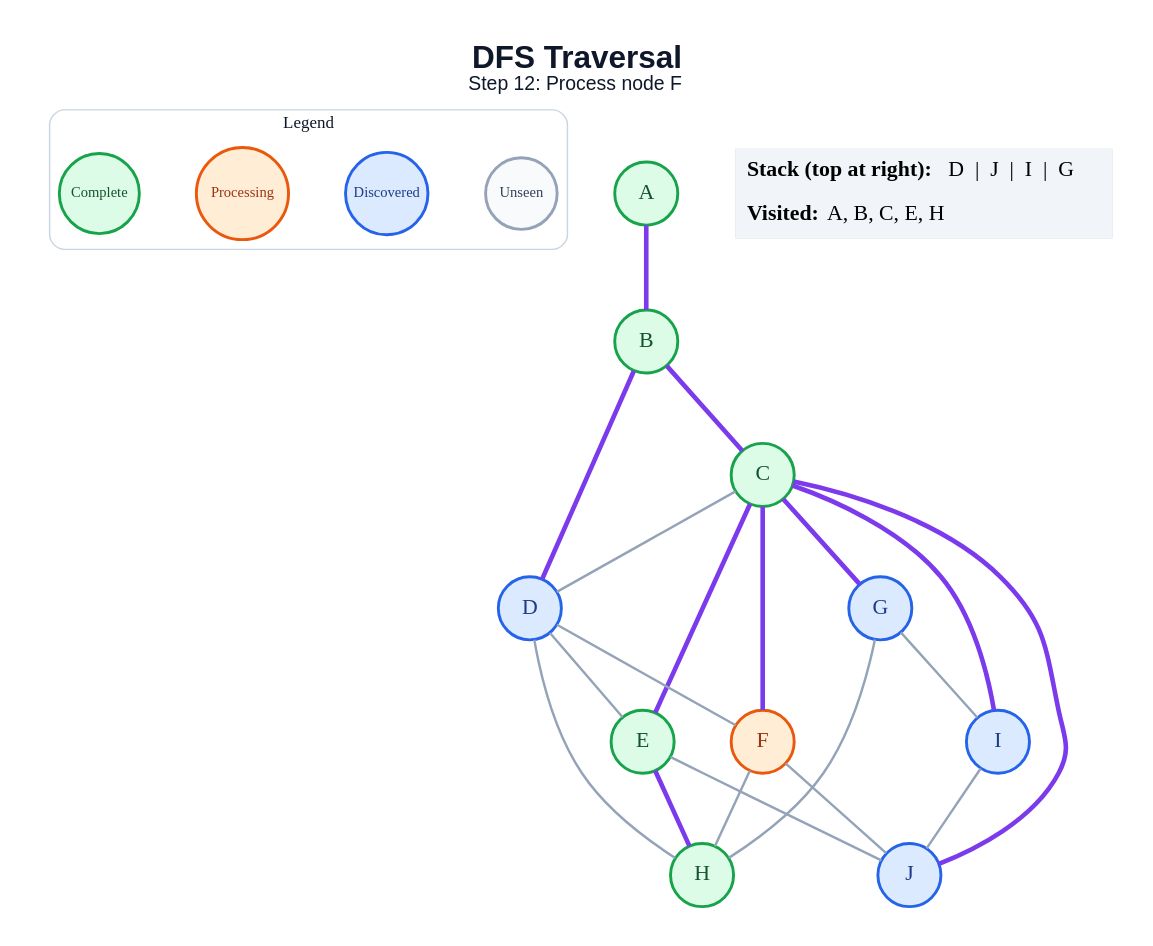
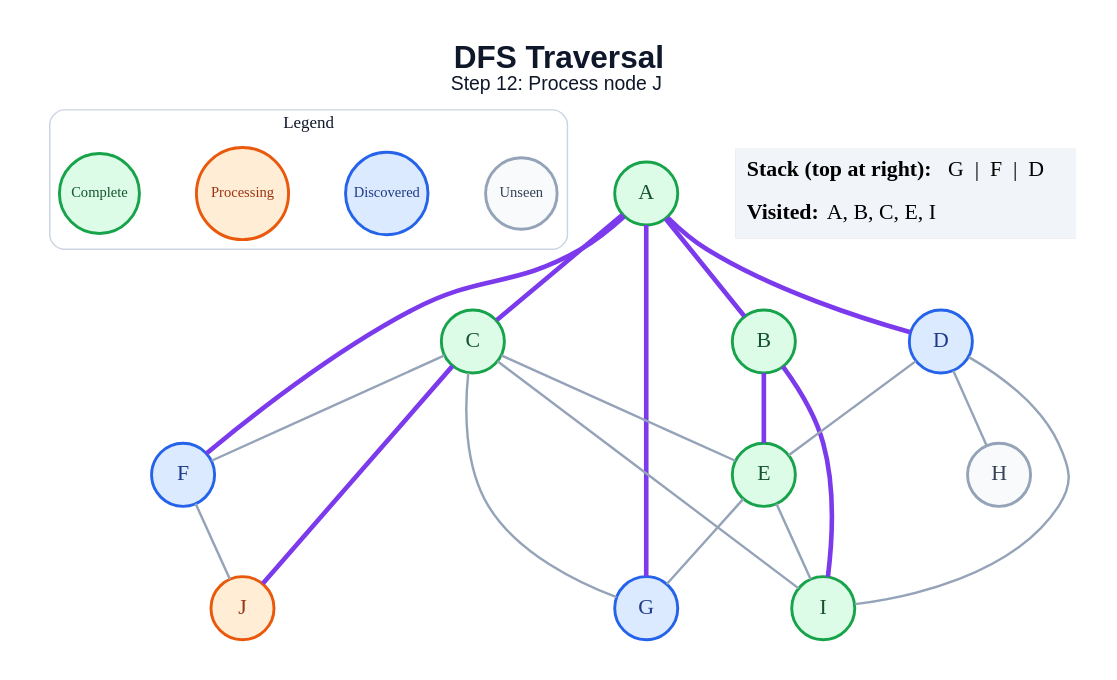
Before and after one commit to anon7238593-create/ai-slop: the diagram in generated/dfs/step_12.dot, drawn with Graphviz. The commit also changed 178 other files, not shown here.

```diff
--- a/generated/dfs/step_12.dot
+++ b/generated/dfs/step_12.dot
@@ -1,48 +1,47 @@
 graph traversal {
   graph [layout=dot, rankdir=TB, bgcolor="#FFFFFF", pad="0.35", nodesep="0.65", ranksep="0.8", fontname="Arial"];
   node [shape=circle, style="filled", fontname="Arial Bold", fontsize=18, width=0.72, fixedsize=true, penwidth=2.4];
   edge [color="#94A3B8", penwidth=2.0];
-  label=<<B>DFS Traversal</B><BR/><FONT POINT-SIZE="16">Step 12: Process node F</FONT>>; labelloc="t"; fontsize=26; fontname="Arial"; fontcolor="#0F172A";
+  label=<<B>DFS Traversal</B><BR/><FONT POINT-SIZE="16">Step 12: Process node J</FONT>>; labelloc="t"; fontsize=26; fontname="Arial"; fontcolor="#0F172A";
   subgraph cluster_legend { label="Legend"; color="#CBD5E1"; penwidth=1.2; style="rounded"; fontsize=14; fontname="Arial Bold";
     key_unseen [label="Unseen", fillcolor="#F8FAFC", color="#94A3B8", fontcolor="#334155", fontsize=12, width=0.82];
     key_frontier [label="Discovered", fillcolor="#DBEAFE", color="#2563EB", fontcolor="#1E3A8A", fontsize=12, width=0.95];
     key_current [label="Processing", fillcolor="#FFEDD5", color="#EA580C", fontcolor="#9A3412", fontsize=12, width=1.05];
     key_done [label="Complete", fillcolor="#DCFCE7", color="#16A34A", fontcolor="#14532D", fontsize=12, width=0.92];
     { rank=same; key_unseen; key_frontier; key_current; key_done; }
   }
   A [fillcolor="#DCFCE7", color="#16A34A", fontcolor="#14532D"];
   B [fillcolor="#DCFCE7", color="#16A34A", fontcolor="#14532D"];
   C [fillcolor="#DCFCE7", color="#16A34A", fontcolor="#14532D"];
   D [fillcolor="#DBEAFE", color="#2563EB", fontcolor="#1E3A8A"];
   E [fillcolor="#DCFCE7", color="#16A34A", fontcolor="#14532D"];
-  F [fillcolor="#FFEDD5", color="#EA580C", fontcolor="#9A3412"];
+  F [fillcolor="#DBEAFE", color="#2563EB", fontcolor="#1E3A8A"];
   G [fillcolor="#DBEAFE", color="#2563EB", fontcolor="#1E3A8A"];
-  H [fillcolor="#DCFCE7", color="#16A34A", fontcolor="#14532D"];
-  I [fillcolor="#DBEAFE", color="#2563EB", fontcolor="#1E3A8A"];
-  J [fillcolor="#DBEAFE", color="#2563EB", fontcolor="#1E3A8A"];
+  H [fillcolor="#F8FAFC", color="#94A3B8", fontcolor="#334155"];
+  I [fillcolor="#DCFCE7", color="#16A34A", fontcolor="#14532D"];
+  J [fillcolor="#FFEDD5", color="#EA580C", fontcolor="#9A3412"];
   A -- B [color="#7C3AED", penwidth=3.8];
-  B -- C [color="#7C3AED", penwidth=3.8];
-  B -- D [color="#7C3AED", penwidth=3.8];
-  C -- D;
-  C -- E [color="#7C3AED", penwidth=3.8];
-  C -- F [color="#7C3AED", penwidth=3.8];
-  C -- G [color="#7C3AED", penwidth=3.8];
-  C -- I [color="#7C3AED", penwidth=3.8];
+  A -- C [color="#7C3AED", penwidth=3.8];
+  A -- D [color="#7C3AED", penwidth=3.8];
+  A -- F [color="#7C3AED", penwidth=3.8];
+  A -- G [color="#7C3AED", penwidth=3.8];
+  B -- E [color="#7C3AED", penwidth=3.8];
+  B -- I [color="#7C3AED", penwidth=3.8];
+  C -- E;
+  C -- F;
+  C -- G;
+  C -- I;
   C -- J [color="#7C3AED", penwidth=3.8];
   D -- E;
-  D -- F;
   D -- H;
-  E -- H [color="#7C3AED", penwidth=3.8];
-  E -- J;
-  F -- H;
+  D -- I;
+  E -- G;
+  E -- I;
   F -- J;
-  G -- H;
-  G -- I;
-  I -- J;
   status [shape=plain, fixedsize=false, width=0, height=0, margin=0, label=<
     <TABLE BORDER="0" CELLBORDER="0" CELLPADDING="7" BGCOLOR="#F1F5F9">
-      <TR><TD ALIGN="LEFT"><B>Stack (top at right):</B> D  |  J  |  I  |  G</TD></TR>
-      <TR><TD ALIGN="LEFT"><B>Visited:</B> A, B, C, E, H</TD></TR>
+      <TR><TD ALIGN="LEFT"><B>Stack (top at right):</B> G  |  F  |  D</TD></TR>
+      <TR><TD ALIGN="LEFT"><B>Visited:</B> A, B, C, E, I</TD></TR>
     </TABLE>
   >];
 }
```
